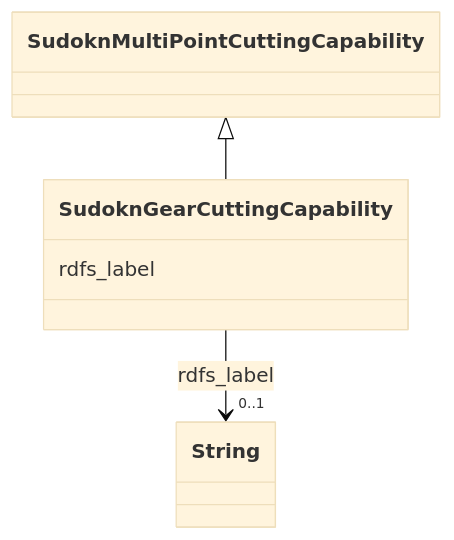
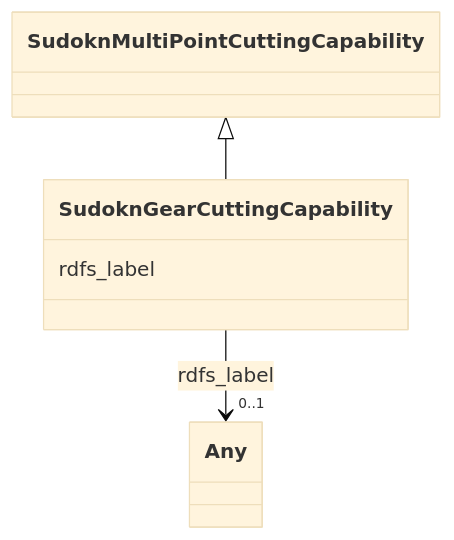
One commit to frink-okn/graph-descriptions changed the diagram in sudokn-kg/classes/SudoknGearCuttingCapability.md. Above: the diagram before and after it, drawn with Mermaid (base theme). The commit also changed other lines of this file and 903 other files, not shown here.

````diff
--- a/sudokn-kg/classes/SudoknGearCuttingCapability.md
+++ b/sudokn-kg/classes/SudoknGearCuttingCapability.md
@@ -23,18 +18,18 @@
 ```mermaid
  classDiagram
     class SudoknGearCuttingCapability
     click SudoknGearCuttingCapability href "../SudoknGearCuttingCapability"
       SudoknMultiPointCuttingCapability <|-- SudoknGearCuttingCapability
         click SudoknMultiPointCuttingCapability href "../SudoknMultiPointCuttingCapability"
       
       SudoknGearCuttingCapability : rdfs_label
         
           
     
     
-    SudoknGearCuttingCapability --> "0..1" String : rdfs_label
-    click String href "../String"
+    SudoknGearCuttingCapability --> "0..1" Any : rdfs_label
+    click Any href "../Any"
 
         
       
 ```
````
